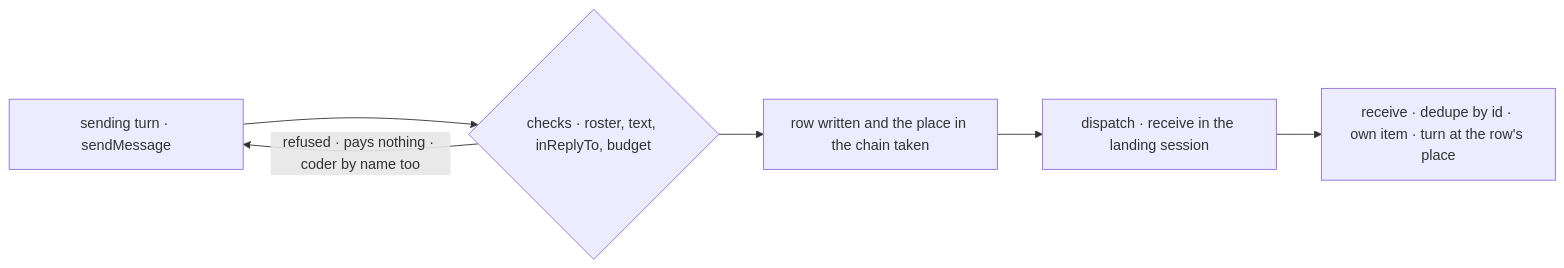
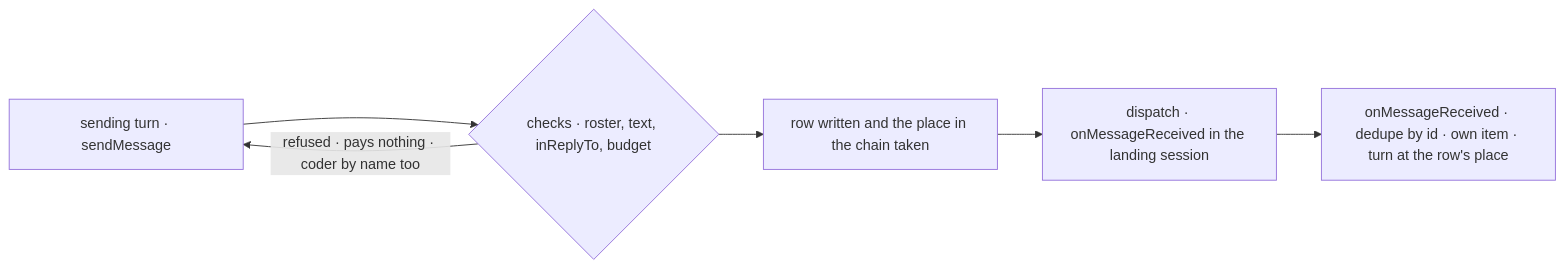
Before and after one commit to fixpoint-labs/flow-state-dev: the third of 3 diagrams in specs/issues/FIX-2238/SPEC.md, drawn with Mermaid. The commit also changed other lines of this file and 10 other files, not shown here.

First line of the commit message:
FIX-2070/FIX-2238 specs: the entry is onMessageReceived

````diff
--- a/specs/issues/FIX-2238/SPEC.md
+++ b/specs/issues/FIX-2238/SPEC.md
@@ -117,8 +117,8 @@
 ```mermaid
 flowchart LR
   S["sending turn · sendMessage"] --> C{"checks · roster, text, inReplyTo, budget"}
   C -->|"refused · pays nothing · coder by name too"| S
   C --> W["row written and the place in the chain taken"]
-  W --> D["dispatch · receive in the landing session"]
-  D --> R["receive · dedupe by id · own item · turn at the row's place"]
+  W --> D["dispatch · onMessageReceived in the landing session"]
+  D --> R["onMessageReceived · dedupe by id · own item · turn at the row's place"]
 ```
````
